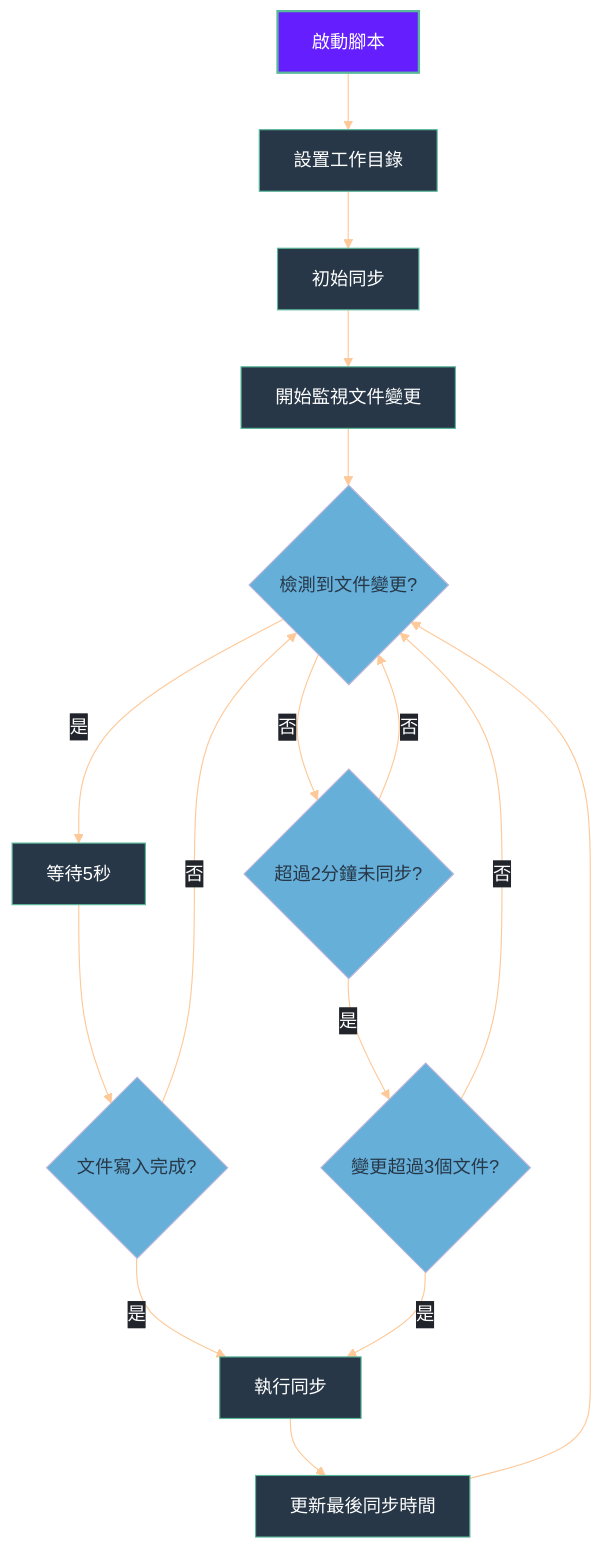
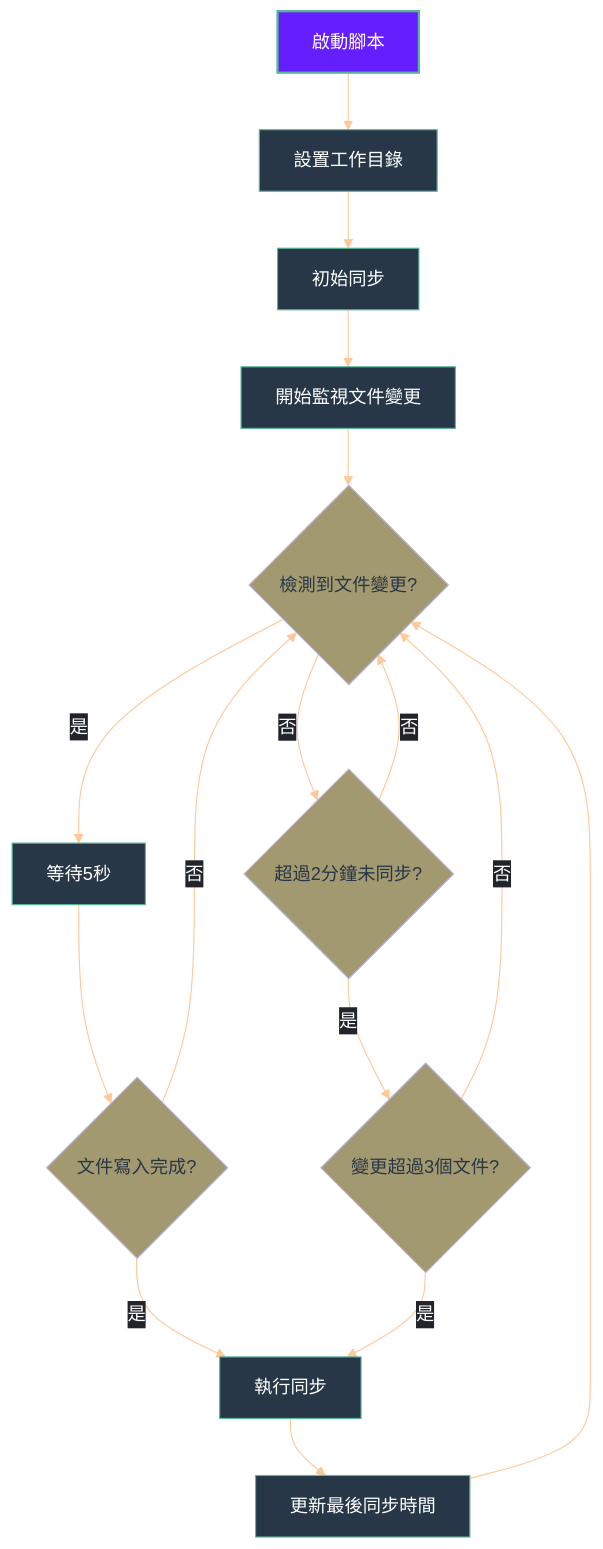
Before and after one commit to GengGeng026/Sync-Logseq: the second of 2 diagrams in Logseq同步方案演進記錄.md, drawn with Mermaid.

Commit message:
Auto-sync: Wed Mar 26 10:20:49 +08 2025

````diff
--- a/Logseq同步方案演進記錄.md
+++ b/Logseq同步方案演進記錄.md
@@ -375,52 +375,52 @@
 ```mermaid
 %%{init: {
   'theme': 'base', 
   'themeVariables': {
     'primaryColor': '#19E9D9',
     'primaryTextColor': '#FFFFFF',
     'primaryBorderColor': '#59B79A',
     'lineColor': '#FEC999',
     'secondaryColor': '#FFCB6B',
     'tertiaryColor': '#F07178',
     'background': 'transparent',
     'textColor': '#EEFFFF',
     'mainBkg': '#273747',
     'nodeBorder': '#59B79A',
     'clusterBkg': 'transparent',
     'edgeLabelBackground': '#21252B'
   },
   'flowchart': {
     'curve': 'basis',
     'nodeSpacing': 50,
     'rankSpacing': 50,
     'padding': 15
   }
 }}%%
 flowchart TD
     %% 節點樣式優化
     classDef start fill:#651FFF,stroke:#59B79A,color:#FFFFFF,stroke-width:2px;
     classDef process fill:#19E9D,stroke:#59B79A,color:#FFFFFF,stroke-width:1px;
-    classDef condition fill:#65AFD9,stroke:#B9B5D9,color:#273747,stroke-width:1px,shape:diamond;
+    classDef condition fill:#6519,stroke:#B9B5D9,color:#273747,stroke-width:1px,shape:diamond;
     classDef action fill:#F07178,stroke:#59B79A,color:#FFFFFF,stroke-width:1px;
     
     A[啟動腳本] --> B[設置工作目錄]
     B --> C[初始同步]
     C --> D[開始監視文件變更]
     D --> E{檢測到文件變更?}
     E -->|是| F[等待5秒]
     F --> G{文件寫入完成?}
     G -->|是| H[執行同步]
     G -->|否| E
     E -->|否| I{超過2分鐘未同步?}
     I -->|是| J{變更超過3個文件?}
     J -->|是| H
     J -->|否| E
     I -->|否| E
     H --> K[更新最後同步時間]
     K --> E
     
     %% 應用樣式
     class A start;
     class B,C,D,F,H,K process;
     class E,G,I,J condition;
 ```
````
